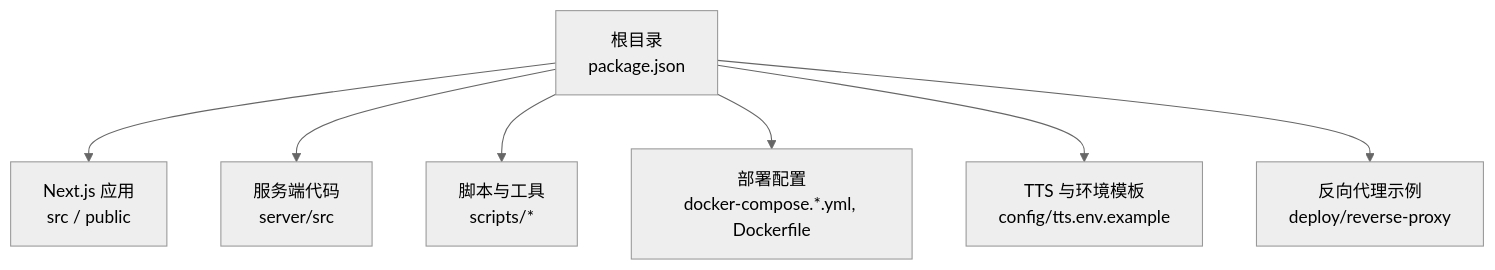
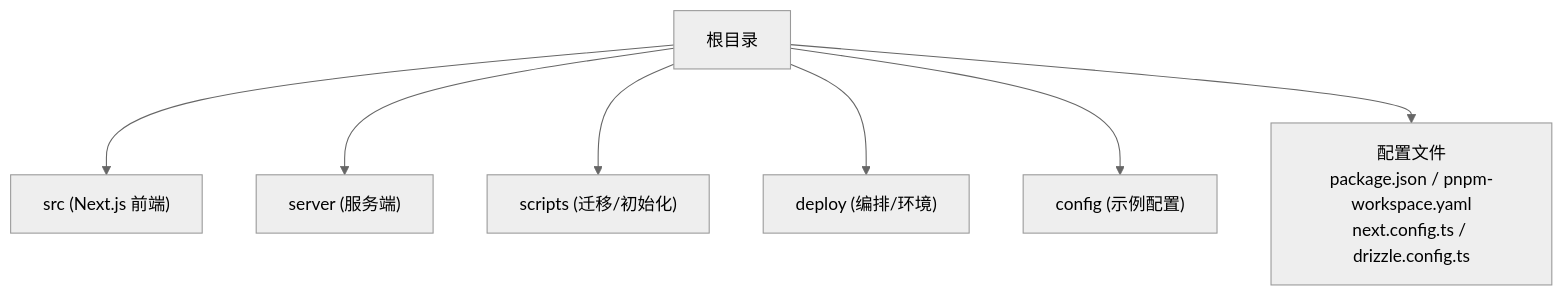
Before and after one commit to scottcwy/PurpleInk: the first of 3 diagrams in .qoder/repowiki/zh/content/快速开始.md, drawn with Mermaid (neutral theme). The commit also changed other lines of this file and 872 other files, not shown here.

````diff
--- a/.qoder/repowiki/zh/content/快速开始.md
+++ b/.qoder/repowiki/zh/content/快速开始.md
@@ -46,9 +53,9 @@
 ```mermaid
 graph TB
-A["根目录<br/>package.json"] --> B["Next.js 应用<br/>src / public"]
-A --> C["服务端代码<br/>server/src"]
-A --> D["脚本与工具<br/>scripts/*"]
-A --> E["部署配置<br/>docker-compose.*.yml, Dockerfile"]
-A --> F["TTS 与环境模板<br/>config/tts.env.example"]
-A --> G["反向代理示例<br/>deploy/reverse-proxy"]
+A["根目录"] --> B["src (Next.js 前端)"]
+A --> C["server (服务端)"]
+A --> D["scripts (迁移/初始化)"]
+A --> E["deploy (编排/环境)"]
+A --> F["config (示例配置)"]
+A --> G["配置文件<br/>package.json / pnpm-workspace.yaml<br/>next.config.ts / drizzle.config.ts"]
 ```
````
